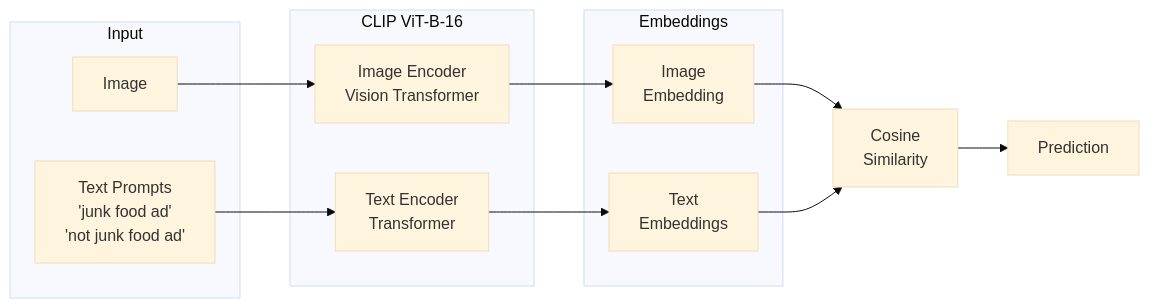
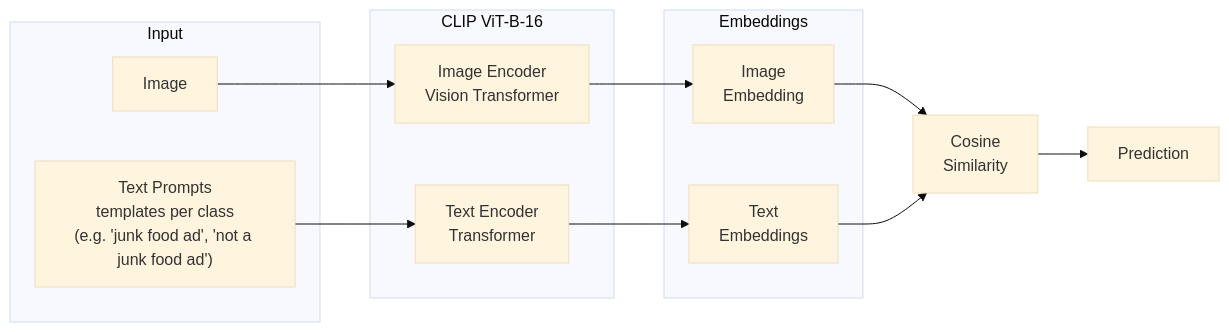
One commit to merojosa/junk-food-ads-classifiers changed the first of 4 diagrams in README.md. Above: the diagram before and after it, drawn with Mermaid (base theme). The commit also changed other lines of this file, not shown here.

````diff
--- a/README.md
+++ b/README.md
@@ -38,23 +38,23 @@
 ```mermaid
 flowchart LR
     subgraph Input
         A[Image]
-        B["Text Prompts<br/>'junk food ad'<br/>'not junk food ad'"]
+        B["Text Prompts<br/>templates per class<br/>(e.g. 'junk food ad', 'not a junk food ad')"]
     end
 
     subgraph CLIP["CLIP ViT-B-16"]
         C[Image Encoder<br/>Vision Transformer]
         D[Text Encoder<br/>Transformer]
     end
 
     subgraph Embeddings
         E[Image<br/>Embedding]
         F[Text<br/>Embeddings]
     end
 
     A --> C --> E
     B --> D --> F
     E --> G[Cosine<br/>Similarity]
     F --> G
     G --> H[Prediction]
 ```
````
